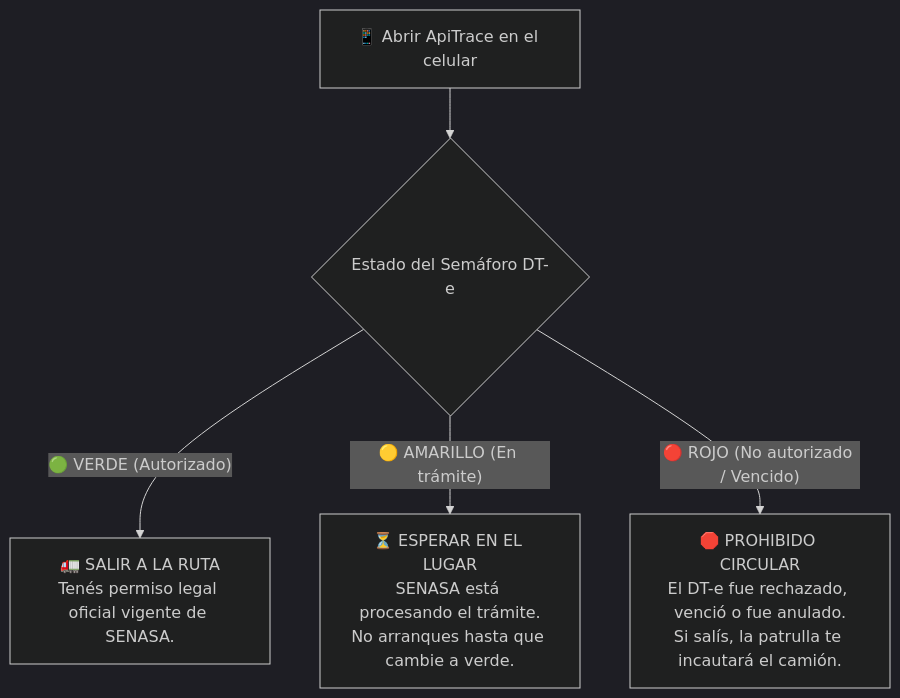
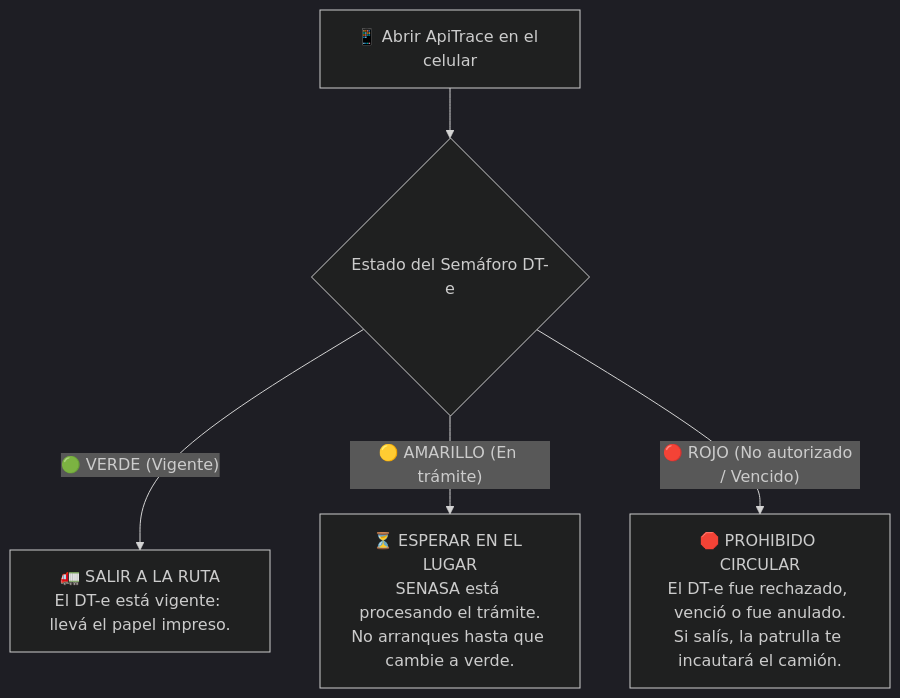
The first of 2 diagrams in docs/manuales/04-manual-transportista.md (josephred/ApiTrace), drawn with Mermaid (dark theme) before and after one commit. The commit also changed other lines of this file and 114 other files, not shown here.

````diff
--- a/docs/manuales/04-manual-transportista.md
+++ b/docs/manuales/04-manual-transportista.md
@@ -25,7 +25,7 @@
 ```mermaid
 flowchart TD
     A["📱 Abrir ApiTrace en el celular"] --> B{"Estado del Semáforo DT-e"}
-    B -- "🟢 VERDE (Autorizado)" --> C["🚛 SALIR A LA RUTA\nTenés permiso legal oficial vigente de SENASA."]
+    B -- "🟢 VERDE (Vigente)" --> C["🚛 SALIR A LA RUTA\nEl DT-e está vigente: llevá el papel impreso."]
     B -- "🟡 AMARILLO (En trámite)" --> D["⏳ ESPERAR EN EL LUGAR\nSENASA está procesando el trámite.\nNo arranques hasta que cambie a verde."]
     B -- "🔴 ROJO (No autorizado / Vencido)" --> E["🛑 PROHIBIDO CIRCULAR\nEl DT-e fue rechazado, venció o fue anulado.\nSi salís, la patrulla te incautará el camión."]
 ```
````
